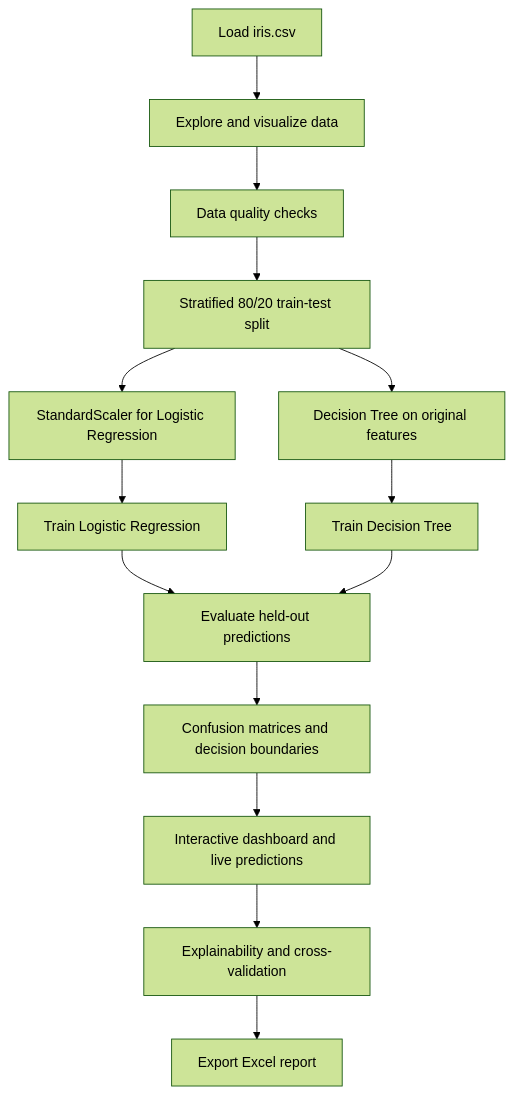
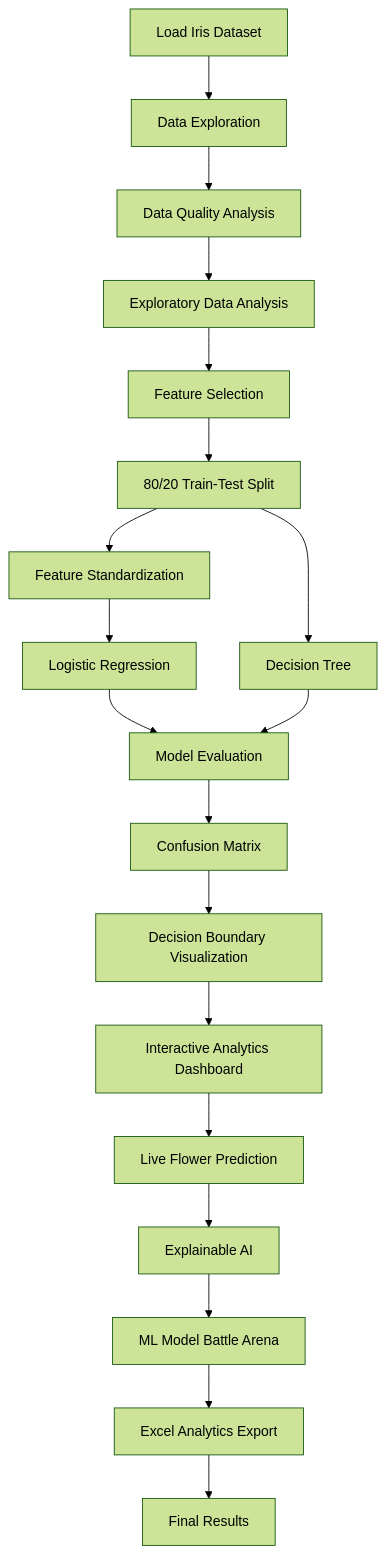
The diagram in README.md (rohanbhowm25308/IrisVision-AI), drawn with Mermaid (forest theme) before and after one commit. The commit also changed other lines of this file, not shown here.

````diff
--- a/README.md
+++ b/README.md
@@ -37,16 +173,21 @@
 ```mermaid
 flowchart TD
-    A[Load iris.csv] --> B[Explore and visualize data]
-    B --> C[Data quality checks]
-    C --> D[Stratified 80/20 train-test split]
-    D --> E[StandardScaler for Logistic Regression]
-    D --> F[Decision Tree on original features]
-    E --> G[Train Logistic Regression]
-    F --> H[Train Decision Tree]
-    G --> I[Evaluate held-out predictions]
-    H --> I
-    I --> J[Confusion matrices and decision boundaries]
-    J --> K[Interactive dashboard and live predictions]
-    K --> L[Explainability and cross-validation]
-    L --> M[Export Excel report]
+    A[Load Iris Dataset] --> B[Data Exploration]
+    B --> C[Data Quality Analysis]
+    C --> D[Exploratory Data Analysis]
+    D --> E[Feature Selection]
+    E --> F[80/20 Train-Test Split]
+    F --> G[Feature Standardization]
+    G --> H[Logistic Regression]
+    F --> I[Decision Tree]
+    H --> J[Model Evaluation]
+    I --> J
+    J --> K[Confusion Matrix]
+    K --> L[Decision Boundary Visualization]
+    L --> M[Interactive Analytics Dashboard]
+    M --> N[Live Flower Prediction]
+    N --> O[Explainable AI]
+    O --> P[ML Model Battle Arena]
+    P --> Q[Excel Analytics Export]
+    Q --> R[Final Results]
 ```
````
